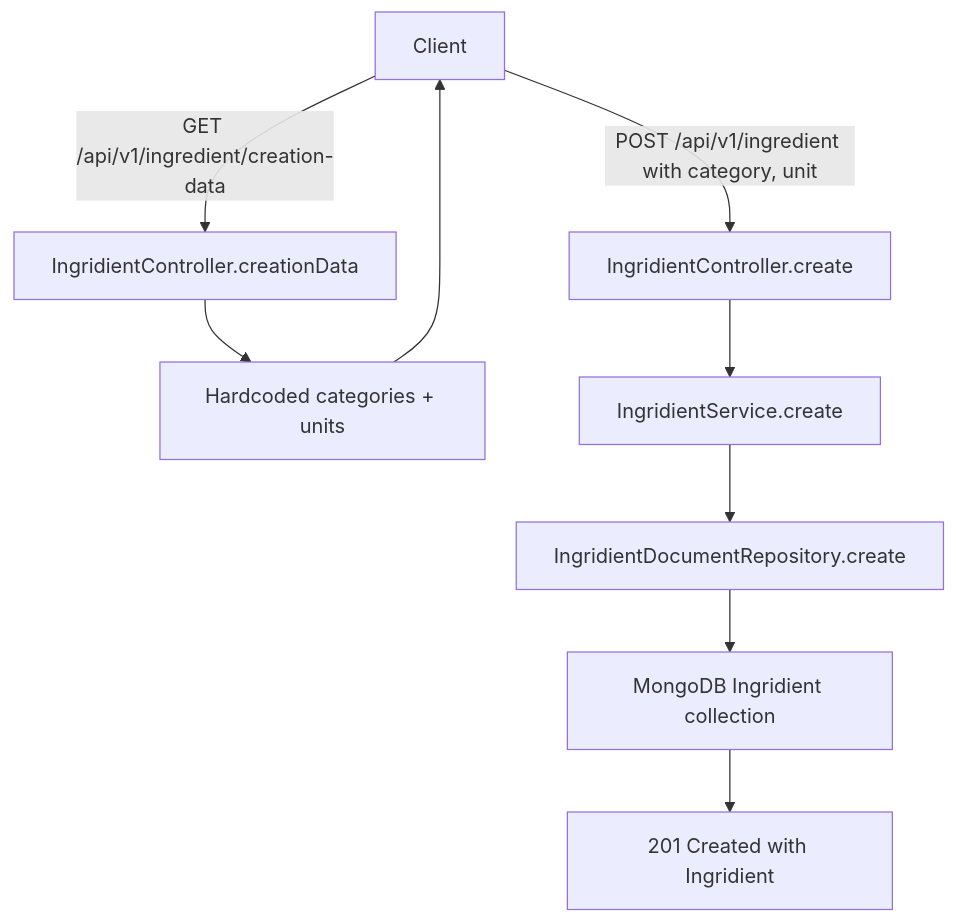
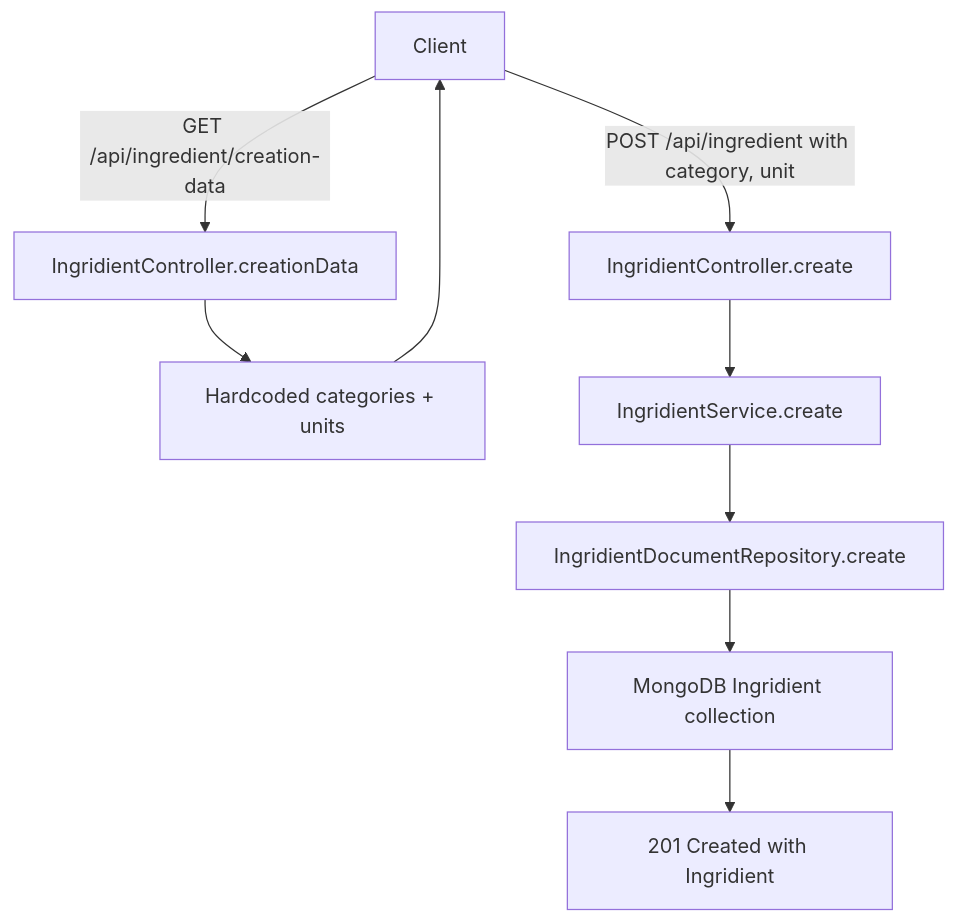
The diagram in backend/src/ingridient/README.md (blitzy-public-samples/pantry-chef-traditional), drawn with Mermaid before and after one commit. The commit also changed other lines of this file and 42 other files, not shown here.

````diff
--- a/backend/src/ingridient/README.md
+++ b/backend/src/ingridient/README.md
@@ -113,11 +114,11 @@
 ```mermaid
 flowchart TD
-    A[Client] -->|GET /api/v1/ingredient/creation-data| B[IngridientController.creationData]
+    A[Client] -->|GET /api/ingredient/creation-data| B[IngridientController.creationData]
     B --> C[Hardcoded categories + units]
     C --> A
-    A -->|POST /api/v1/ingredient with category, unit| D[IngridientController.create]
+    A -->|POST /api/ingredient with category, unit| D[IngridientController.create]
     D --> E[IngridientService.create]
     E --> F[IngridientDocumentRepository.create]
     F --> G[MongoDB Ingridient collection]
     G --> H[201 Created with Ingridient]
 ```
````
